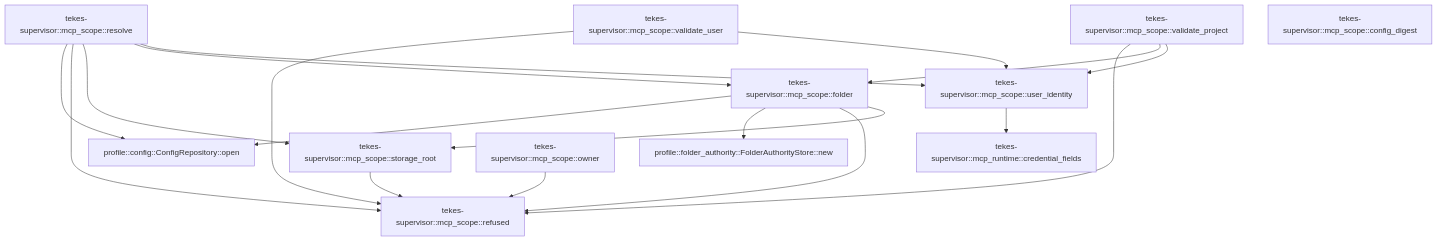
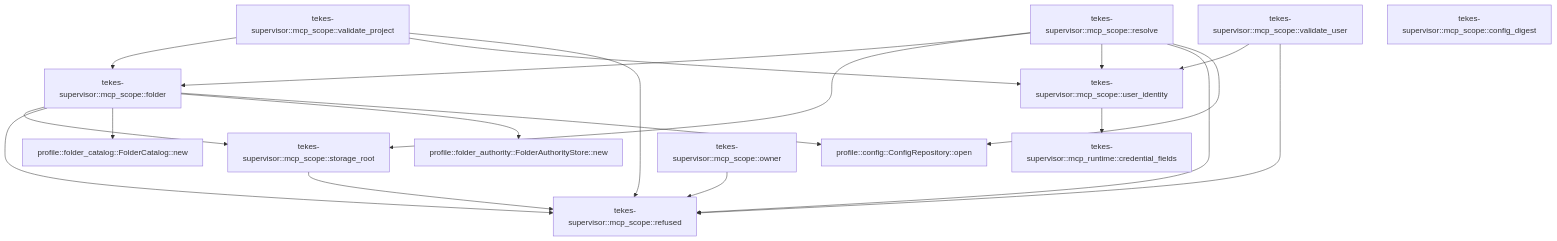
One commit to TekesApps/TekesKernel changed the diagram in crates/supervisor/docs/generated/src--mcp_scope.md. Above: the diagram before and after it, drawn with Mermaid. The commit also changed other lines of this file and 84 other files, not shown here.

````diff
--- a/crates/supervisor/docs/generated/src--mcp_scope.md
+++ b/crates/supervisor/docs/generated/src--mcp_scope.md
@@ -50,32 +50,34 @@
 ```mermaid
 flowchart TD
   n0["profile::config::ConfigRepository::open"]
   n1["profile::folder_authority::FolderAuthorityStore::new"]
-  n2["tekes-supervisor::mcp_runtime::credential_fields"]
-  n3["tekes-supervisor::mcp_scope::resolve"]
+  n2["profile::folder_catalog::FolderCatalog::new"]
+  n3["tekes-supervisor::mcp_runtime::credential_fields"]
   n4["tekes-supervisor::mcp_scope::refused"]
-  n5["tekes-supervisor::mcp_scope::storage_root"]
-  n6["tekes-supervisor::mcp_scope::validate_user"]
-  n7["tekes-supervisor::mcp_scope::validate_project"]
-  n8["tekes-supervisor::mcp_scope::config_digest"]
-  n9["tekes-supervisor::mcp_scope::folder"]
-  n10["tekes-supervisor::mcp_scope::owner"]
-  n11["tekes-supervisor::mcp_scope::user_identity"]
-  n3 --> n0
-  n3 --> n4
-  n3 --> n5
-  n3 --> n9
-  n3 --> n11
-  n5 --> n4
+  n5["tekes-supervisor::mcp_scope::user_identity"]
+  n6["tekes-supervisor::mcp_scope::resolve"]
+  n7["tekes-supervisor::mcp_scope::storage_root"]
+  n8["tekes-supervisor::mcp_scope::validate_user"]
+  n9["tekes-supervisor::mcp_scope::validate_project"]
+  n10["tekes-supervisor::mcp_scope::config_digest"]
+  n11["tekes-supervisor::mcp_scope::folder"]
+  n12["tekes-supervisor::mcp_scope::owner"]
+  n5 --> n3
+  n6 --> n0
   n6 --> n4
+  n6 --> n5
+  n6 --> n7
   n6 --> n11
   n7 --> n4
-  n7 --> n9
-  n7 --> n11
-  n9 --> n0
-  n9 --> n1
+  n8 --> n4
+  n8 --> n5
   n9 --> n4
   n9 --> n5
-  n10 --> n4
+  n9 --> n11
+  n11 --> n0
+  n11 --> n1
   n11 --> n2
+  n11 --> n4
+  n11 --> n7
+  n12 --> n4
 ```
````
